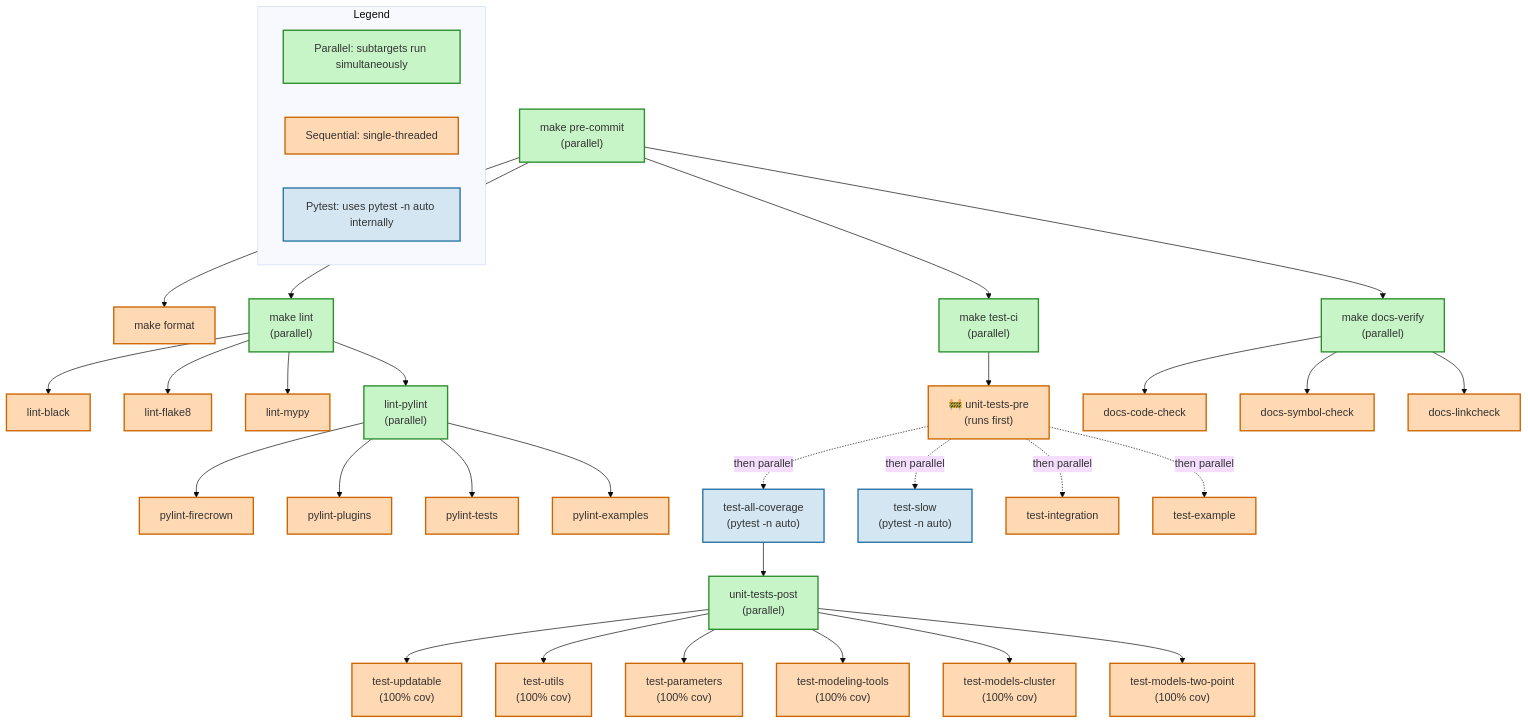
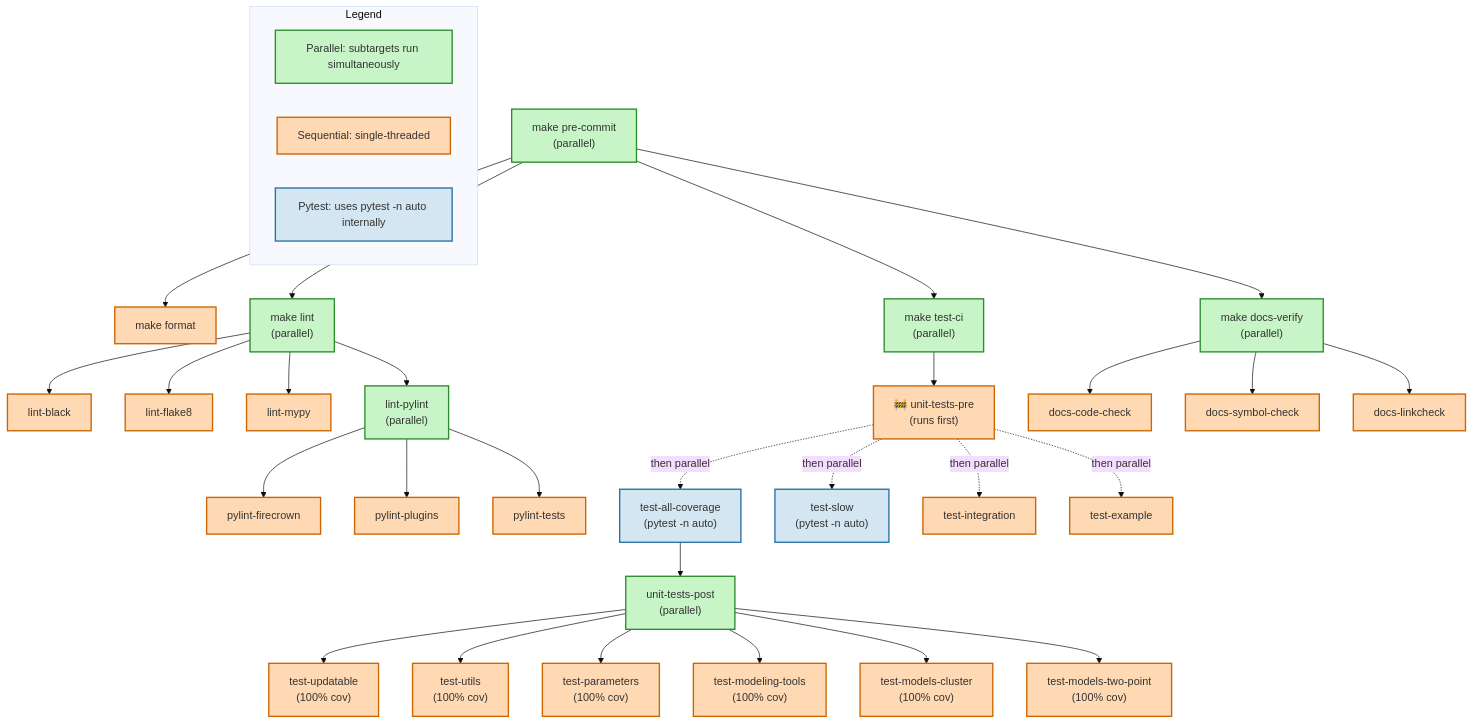
The second of 2 diagrams in CONTRIBUTING_ADVANCED.md (LSSTDESC/firecrown), drawn with Mermaid (base theme) before and after one commit. The commit also changed 31 other files, not shown here.

````diff
--- a/CONTRIBUTING_ADVANCED.md
+++ b/CONTRIBUTING_ADVANCED.md
@@ -81,54 +81,53 @@
 ```mermaid
 graph TD
     classDef parallel fill:#c7f5c7,stroke:#2d8e2d,stroke-width:2px;
     classDef sequential fill:#ffd9b3,stroke:#cc6600,stroke-width:2px;
     classDef pytest fill:#d4e6f1,stroke:#2874a6,stroke-width:2px;
     
     pre-commit["make pre-commit<br/>(parallel)"]:::parallel
     
     %% Pre-commit parallel branches
     pre-commit --> format["make format"]:::sequential
     pre-commit --> lint["make lint<br/>(parallel)"]:::parallel
     pre-commit --> docs-verify["make docs-verify<br/>(parallel)"]:::parallel
     pre-commit --> test-ci["make test-ci<br/>(parallel)"]:::parallel
     
     %% Lint parallelism
     lint --> lint-black["lint-black"]:::sequential
     lint --> lint-flake8["lint-flake8"]:::sequential
     lint --> lint-mypy["lint-mypy"]:::sequential
     lint --> lint-pylint["lint-pylint<br/>(parallel)"]:::parallel
     
     lint-pylint --> pylint-fc["pylint-firecrown"]:::sequential
     lint-pylint --> pylint-plug["pylint-plugins"]:::sequential
     lint-pylint --> pylint-test["pylint-tests"]:::sequential
-    lint-pylint --> pylint-ex["pylint-examples"]:::sequential
     
     %% Test-CI parallelism (after unit-tests-pre barrier)
     test-ci --> barrier["🚧 unit-tests-pre<br/>(runs first)"]:::sequential
     barrier -.->|then parallel| test-all-cov["test-all-coverage<br/>(pytest -n auto)"]:::pytest
     barrier -.->|then parallel| test-slow["test-slow<br/>(pytest -n auto)"]:::pytest
     barrier -.->|then parallel| test-int["test-integration"]:::sequential
     barrier -.->|then parallel| test-ex["test-example"]:::sequential
     
     %% Unit tests post parallelism
     test-all-cov --> unit-post["unit-tests-post<br/>(parallel)"]:::parallel
     
     unit-post --> t-upd["test-updatable<br/>(100% cov)"]:::sequential
     unit-post --> t-util["test-utils<br/>(100% cov)"]:::sequential
     unit-post --> t-param["test-parameters<br/>(100% cov)"]:::sequential
     unit-post --> t-model["test-modeling-tools<br/>(100% cov)"]:::sequential
     unit-post --> t-clus["test-models-cluster<br/>(100% cov)"]:::sequential
     unit-post --> t-two["test-models-two-point<br/>(100% cov)"]:::sequential
     
     %% Docs verify parallelism
     docs-verify --> d-code["docs-code-check"]:::sequential
     docs-verify --> d-sym["docs-symbol-check"]:::sequential
     docs-verify --> d-link["docs-linkcheck"]:::sequential
     
     %% Legend
     subgraph legend["Legend"]
         leg-par["Parallel: subtargets run simultaneously"]:::parallel
         leg-seq["Sequential: single-threaded"]:::sequential
         leg-pytest["Pytest: uses pytest -n auto internally"]:::pytest
     end
 ```
````
